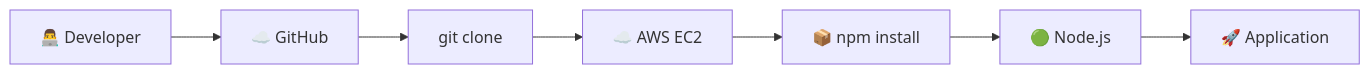
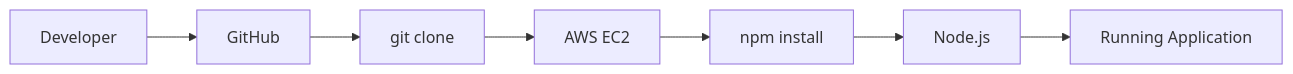
The seventh of 37 diagrams in DevOps-Labs-and-Projects/ Day-06 to Day-12/README.md (Yuvii2102/My-Devops-Cloud-Journey), drawn with Mermaid before and after one commit. The commit also changed other lines of this file, not shown here.

````diff
--- a/DevOps-Labs-and-Projects/ Day-06 to Day-12/README.md
+++ b/DevOps-Labs-and-Projects/ Day-06 to Day-12/README.md
@@ -527,9 +351,9 @@
 ```mermaid
 flowchart LR
-    A["👨‍💻 Developer"] --> B["☁️ GitHub"]
+    A["Developer"] --> B["GitHub"]
     B --> C["git clone"]
-    C --> D["☁️ AWS EC2"]
-    D --> E["📦 npm install"]
-    E --> F["🟢 Node.js"]
-    F --> G["🚀 Application"]
+    C --> D["AWS EC2"]
+    D --> E["npm install"]
+    E --> F["Node.js"]
+    F --> G["Running Application"]
 ```
````
